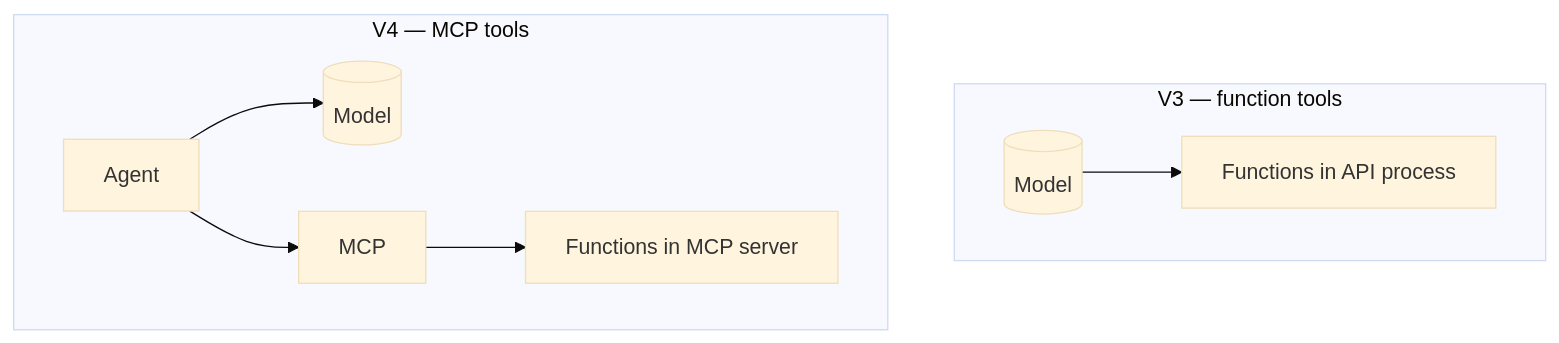
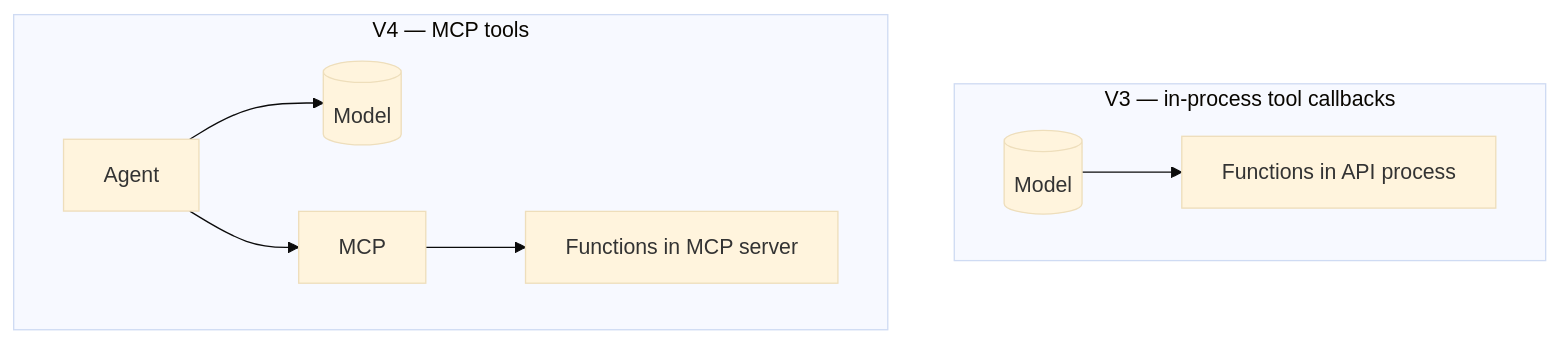
Diagram 35 of 35 in docs/4-demystifying-foundry-agents-mcp/demystifying-foundry-agents-mcp.md (dustinkorzaan/weather-1116), drawn with Mermaid (base theme) before and after one commit. The commit also changed other lines of this file and 5 other files, not shown here.

Commit message:
Docs: describe V3 as in-process tool callbacks

````diff
--- a/docs/4-demystifying-foundry-agents-mcp/demystifying-foundry-agents-mcp.md
+++ b/docs/4-demystifying-foundry-agents-mcp/demystifying-foundry-agents-mcp.md
@@ -639,11 +639,11 @@
 ```mermaid
 flowchart TD
-    subgraph V3["V3 — function tools"]
+    subgraph V3["V3 — in-process tool callbacks"]
         M3[(Model)] --> F3[Functions in API process]
     end
     subgraph V4["V4 — MCP tools"]
         A4[Agent] --> M4[(Model)]
         A4 --> MC[MCP]
         MC --> F4[Functions in MCP server]
     end
 ```
````
